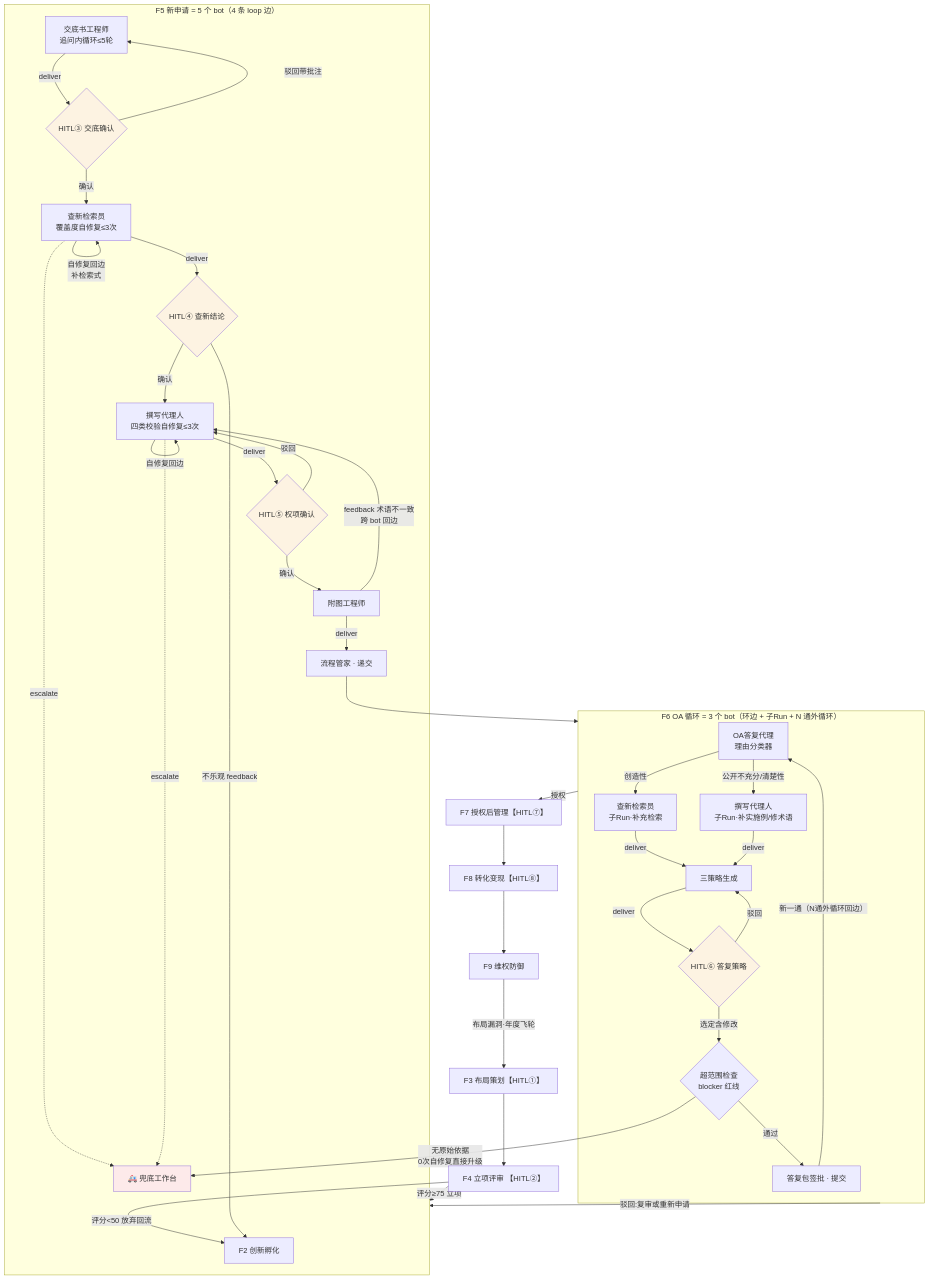
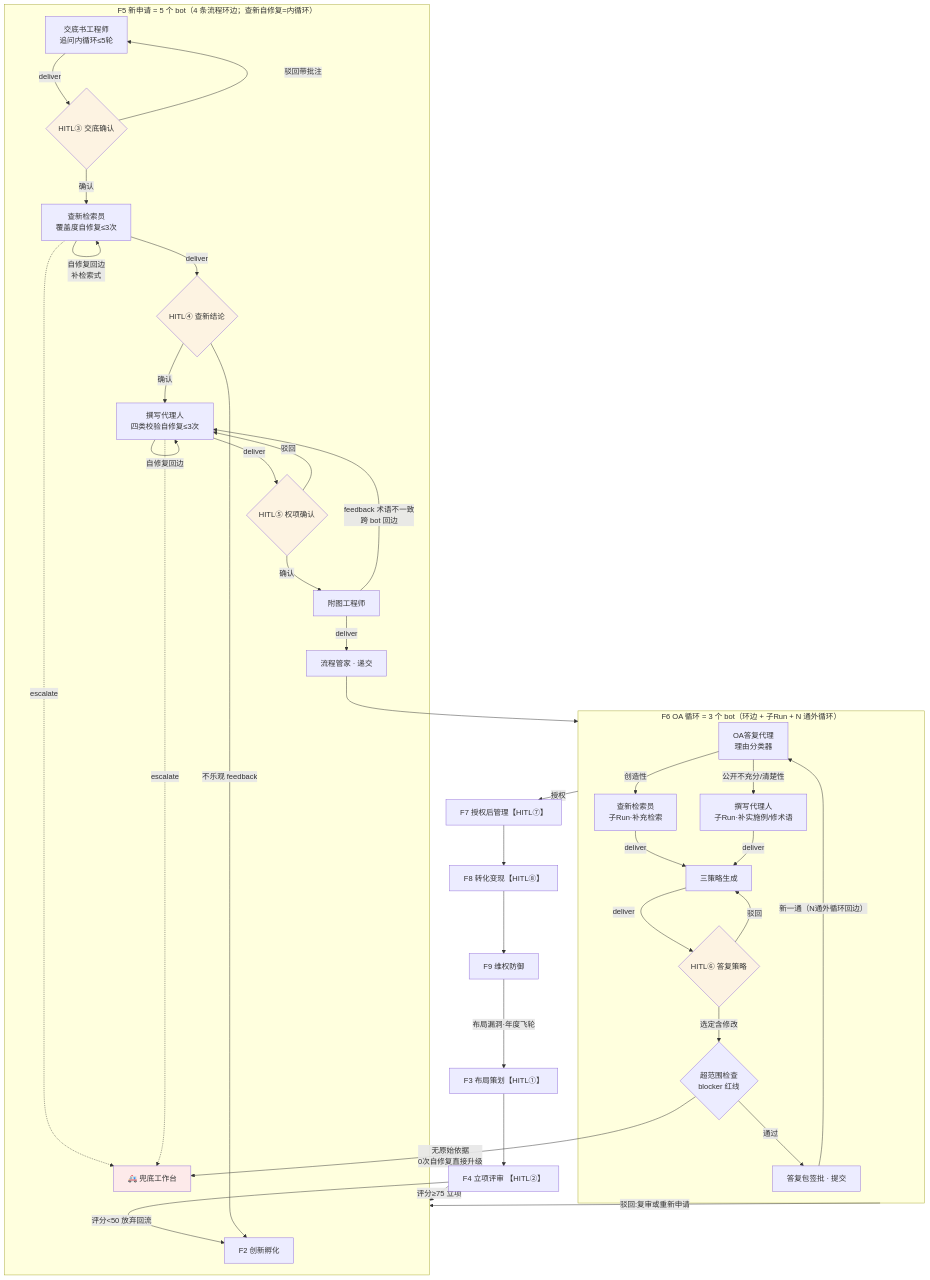
One commit to Yapeng-Gao/ip-harness changed the third of 12 diagrams in docs/architecture/domain-packs/patent-pack-design.md. Above: the diagram before and after it, drawn with Mermaid. The commit also changed other lines of this file and 1 other file, not shown here.

````diff
--- a/docs/architecture/domain-packs/patent-pack-design.md
+++ b/docs/architecture/domain-packs/patent-pack-design.md
@@ -114,66 +114,66 @@
 ```mermaid
 flowchart TD
     F2["F2 创新孵化"]
     F4["F4 立项评审 【HITL②】"]
     F4 -->|"评分≥75 立项"| F5
     F4 -->|"评分&lt;50 放弃回流"| F2
 
-    subgraph F5["F5 新申请 = 5 个 bot（4 条 loop 边）"]
+    subgraph F5["F5 新申请 = 5 个 bot（4 条流程环边；查新自修复=内循环）"]
         D["交底书工程师<br/>追问内循环≤5轮"]
         H3{"HITL③ 交底确认"}
         S["查新检索员<br/>覆盖度自修复≤3次"]
         H4{"HITL④ 查新结论"}
         W["撰写代理人<br/>四类校验自修复≤3次"]
         H5{"HITL⑤ 权项确认"}
         P["附图工程师"]
         C5["流程管家 · 递交"]
         D -->|deliver| H3
         H3 -->|"驳回带批注"| D
         H3 -->|确认| S
         S -->|"自修复回边<br/>补检索式"| S
         S -->|deliver| H4
         H4 -->|"不乐观 feedback"| F2
         H4 -->|确认| W
         W -->|"自修复回边"| W
         W -->|deliver| H5
         H5 -->|"驳回"| W
         H5 -->|确认| P
         P -->|"feedback 术语不一致<br/>跨 bot 回边"| W
         P -->|deliver| C5
         S -.->|"escalate"| E1
         W -.->|"escalate"| E1
     end
 
     C5 --> F6
     subgraph F6["F6 OA 循环 = 3 个 bot（环边 + 子Run + N 通外循环）"]
         A["OA答复代理<br/>理由分类器"]
         R["查新检索员<br/>子Run·补充检索"]
         W6["撰写代理人<br/>子Run·补实施例/修术语"]
         G["三策略生成"]
         H6{"HITL⑥ 答复策略"}
         SC{"超范围检查<br/>blocker 红线"}
         SUB["答复包签批 · 提交"]
         A -->|"创造性"| R
         A -->|"公开不充分/清楚性"| W6
         R -->|deliver| G
         W6 -->|deliver| G
         G -->|deliver| H6
         H6 -->|"驳回"| G
         H6 -->|"选定含修改"| SC
         SC -->|"无原始依据<br/>0次自修复直接升级"| E1
         SC -->|通过| SUB
         SUB -->|"新一通（N通外循环回边）"| A
     end
 
     E1["🚑 兜底工作台"]
     F6 -->|"授权"| F7["F7 授权后管理【HITL⑦】"]
     F6 -->|"驳回:复审或重新申请"| F5
     F7 --> F8["F8 转化变现【HITL⑧】"] --> F9["F9 维权防御"]
     F9 -->|"布局漏洞·年度飞轮"| F3["F3 布局策划【HITL①】"]
     F3 --> F4
     style E1 fill:#fdeaea
     style H3 fill:#fdf3e2
     style H4 fill:#fdf3e2
     style H5 fill:#fdf3e2
     style H6 fill:#fdf3e2
 ```
````
